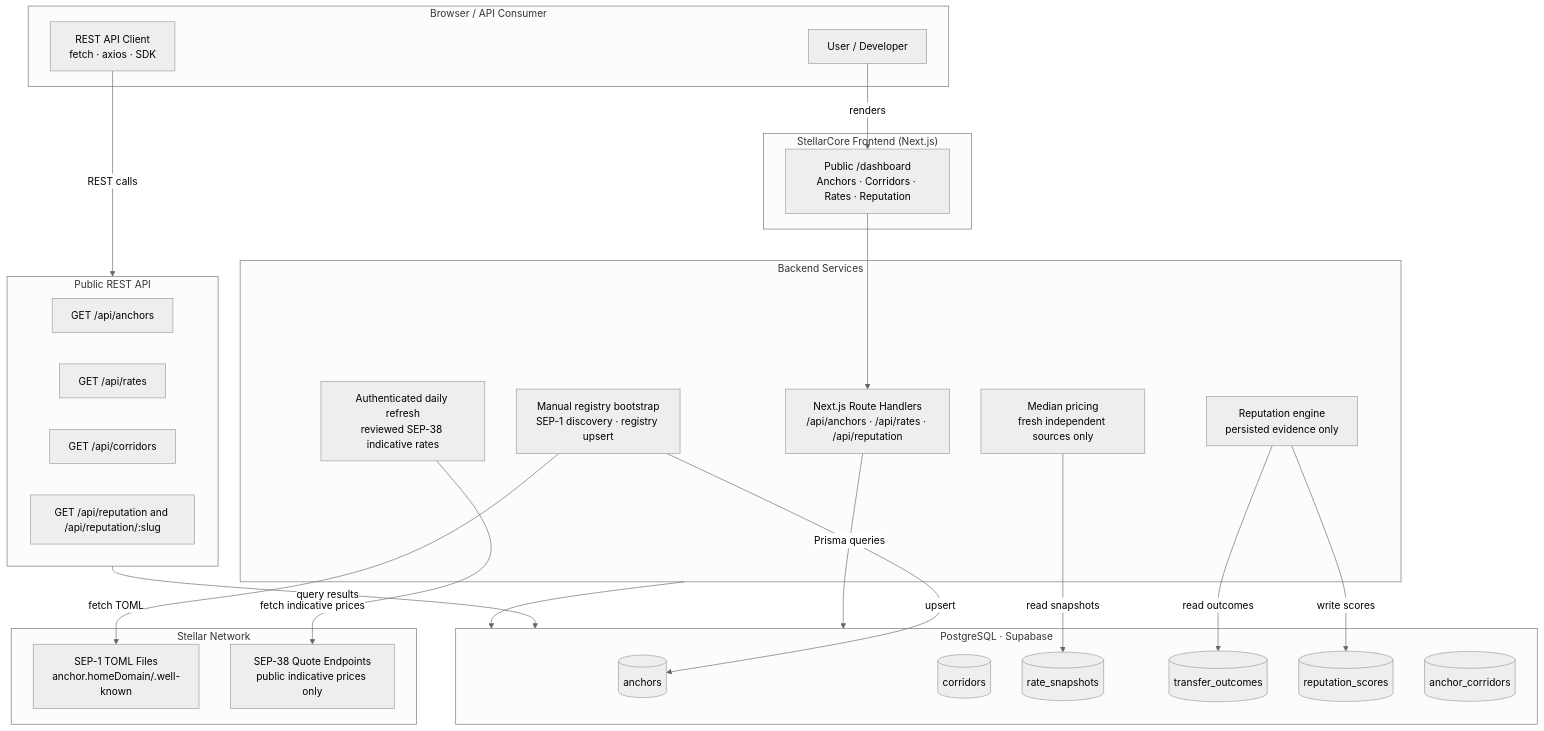
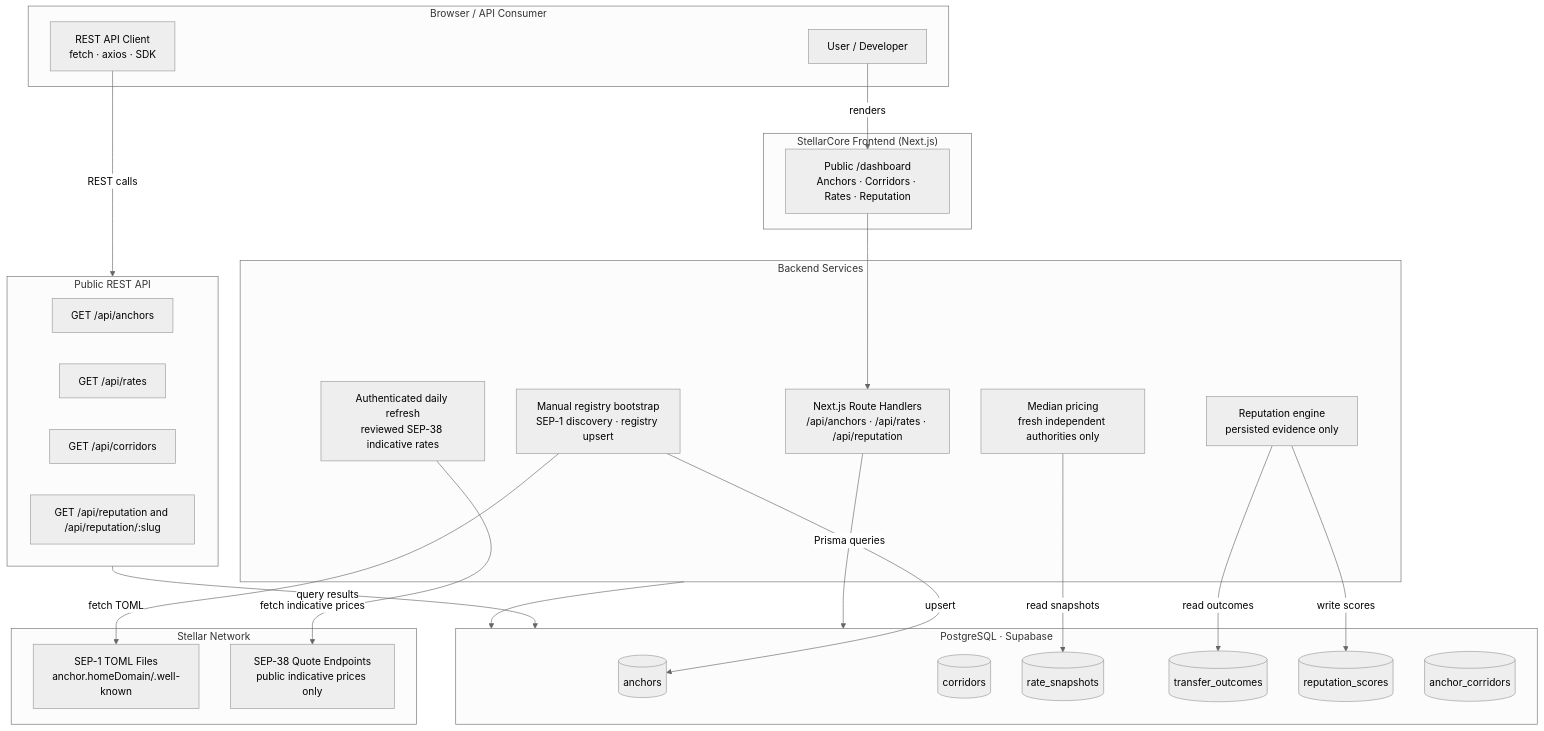
Before and after one commit to Aboyeji-Isaac/StellarCore: the diagram in README.md, drawn with Mermaid (neutral theme). The commit also changed other lines of this file and 41 other files, not shown here.

````diff
--- a/README.md
+++ b/README.md
@@ -44,53 +44,53 @@
 ```mermaid
 graph TB
     subgraph FE["StellarCore Frontend (Next.js)"]
         UI["Public /dashboard\nAnchors · Corridors · Rates · Reputation"]
     end
 
     subgraph BROWSER["Browser / API Consumer"]
         USER["User / Developer"]
         CLIENT["REST API Client\nfetch · axios · SDK"]
     end
 
     subgraph BACKEND["Backend Services"]
         BOOTSTRAP["Manual registry bootstrap\nSEP-1 discovery · registry upsert"]
         REFRESH["Authenticated daily refresh\nreviewed SEP-38 indicative rates"]
         REPENG["Reputation engine\npersisted evidence only"]
-        MEDIAN["Median pricing\nfresh independent sources only"]
+        MEDIAN["Median pricing\nfresh independent authorities only"]
         ROUTES["Next.js Route Handlers\n/api/anchors · /api/rates · /api/reputation"]
     end
 
     subgraph DB["PostgreSQL · Supabase"]
         ANCHORS[("anchors")]
         CORRIDORS[("corridors")]
         RATES[("rate_snapshots")]
         OUTCOMES[("transfer_outcomes")]
         SCORES[("reputation_scores")]
         JUNCTION[("anchor_corridors")]
     end
 
     subgraph PUBAPI["Public REST API"]
         PA1["GET /api/anchors"]
         PA2["GET /api/rates"]
         PA3["GET /api/corridors"]
         PA4["GET /api/reputation and /api/reputation/:slug"]
     end
 
     subgraph STELLAR["Stellar Network"]
         TOML["SEP-1 TOML Files\nanchor.homeDomain/.well-known"]
         SEP38["SEP-38 Quote Endpoints\npublic indicative prices only"]
     end
 
     USER -->|renders| UI
     UI --> ROUTES
     CLIENT -->|REST calls| PUBAPI
     ROUTES -->|Prisma queries| DB
     PUBAPI -->|query results| DB
     BOOTSTRAP -->|fetch TOML| TOML
     REFRESH -->|fetch indicative prices| SEP38
     REPENG -->|read outcomes| OUTCOMES
     REPENG -->|write scores| SCORES
     MEDIAN -->|read snapshots| RATES
     BOOTSTRAP -->|upsert| ANCHORS
     BACKEND --> DB
 ```
````
